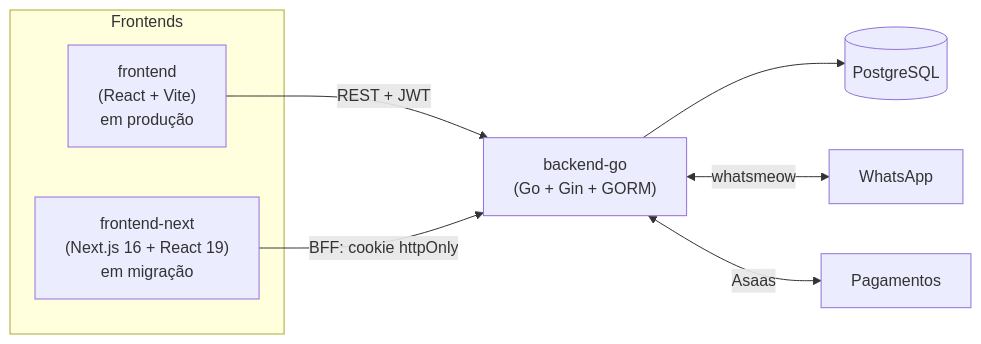
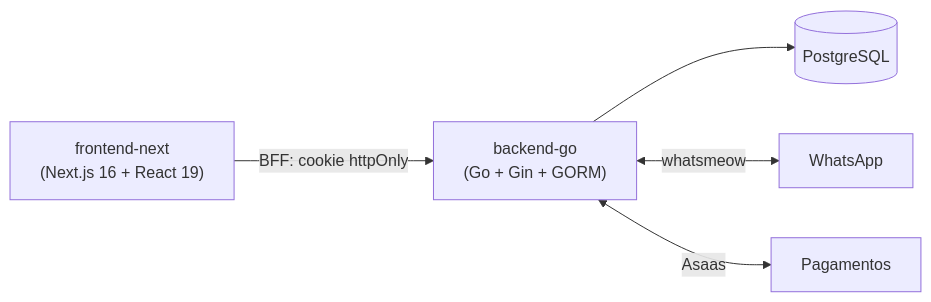
Before and after one commit to flaviokalleu/CRMCORRESPONDENTE: the diagram in README.md, drawn with Mermaid. The commit also changed other lines of this file and 6 other files, not shown here.

````diff
--- a/README.md
+++ b/README.md
@@ -87,15 +86,11 @@
 ```mermaid
 flowchart LR
-    subgraph Frontends
-        F1["frontend\n(React + Vite)\nem produção"]
-        F2["frontend-next\n(Next.js 16 + React 19)\nem migração"]
-    end
+    F["frontend-next\n(Next.js 16 + React 19)"]
     DB[(PostgreSQL)]
     API["backend-go\n(Go + Gin + GORM)"]
 
-    F1 -->|REST + JWT| API
-    F2 -->|BFF: cookie httpOnly| API
+    F -->|BFF: cookie httpOnly| API
     API --> DB
     API <-->|whatsmeow| WA["WhatsApp"]
     API <-->|Asaas| PAY["Pagamentos"]
 ```
````
